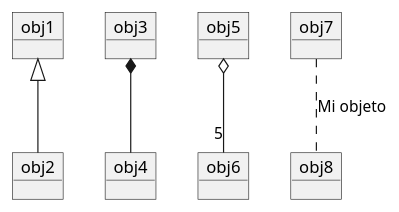
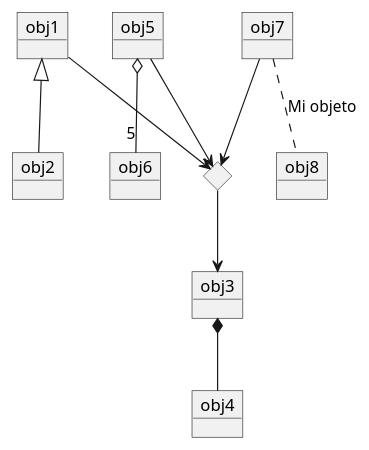
Before and after one commit to Espadv69/uml-begginer: the diagram in uml/diagrama16.puml, drawn with PlantUML.

Commit message:
Update: associate more objects

```diff
--- a/uml/diagrama16.puml
+++ b/uml/diagrama16.puml
@@ -1,17 +1,25 @@
 @startuml diagrama16
 
+diamond dia
 object obj1
 object obj2
 object obj3
 object obj4
 object obj5
 object obj6
 object obj7
 object obj8
 
 obj1 <|-- obj2
 obj3 *-- obj4
 obj5 o-- "5" obj6
 obj7 .. obj8 : "Mi objeto"
 
+obj1 --> dia
+dia --> obj3
+obj5 --> dia
+obj7 --> dia
+
+
+
 @enduml
```
